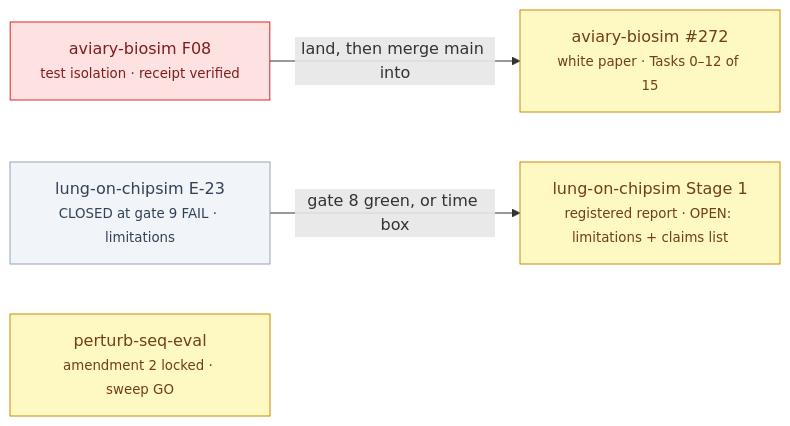
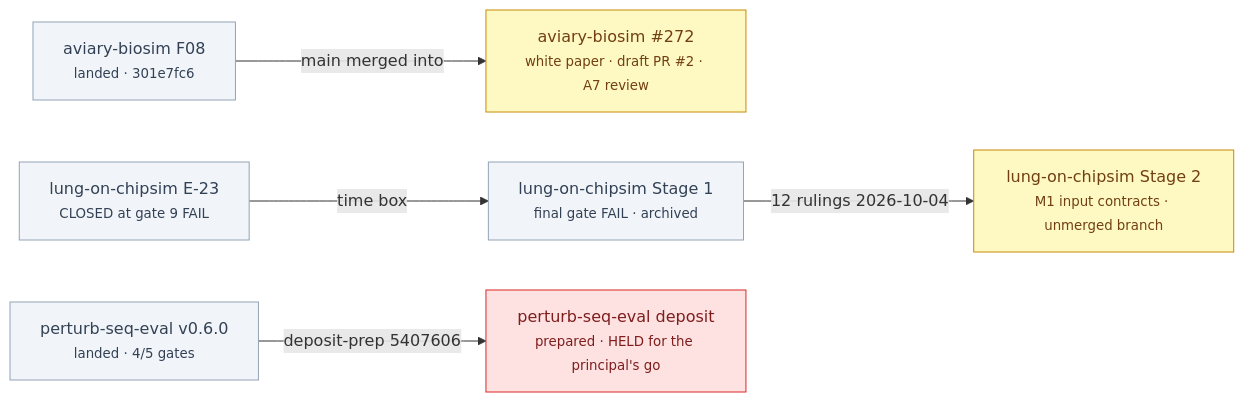
The diagram in docs/hacp/build.md (supmo668/bioFM), drawn with Mermaid before and after one commit. The commit also changed other lines of this file and 5 other files, not shown here.

First line of the commit message:
main/cto: misc: coord(hacp+aviary-biosim): sync bioFM HACP to Notion (index/build/eval/decision/aviary index; new Decision row) + A7 rigour review of Aviary-BioSim#2 @ c66e64c — fix-then-merge, 2 BLOCKER / 7 MAJOR / 8 MINOR

````diff
--- a/docs/hacp/build.md
+++ b/docs/hacp/build.md
@@ -11,13 +11,17 @@
 ```mermaid
 flowchart LR
   classDef done fill:#f1f5f9,stroke:#94a3b8,color:#334155
   classDef live fill:#fef9c3,stroke:#ca8a04,color:#713f12
   classDef wait fill:#fee2e2,stroke:#dc2626,color:#7f1d1d
-  A1["aviary-biosim F08<br/><small>test isolation · receipt verified</small>"]:::wait
-  A2["aviary-biosim #272<br/><small>white paper · Tasks 0–12 of 15</small>"]:::live
-  L1["lung-on-chipsim E-23<br/><small>CLOSED at gate 9 FAIL · limitations</small>"]:::done
-  L2["lung-on-chipsim Stage 1<br/><small>registered report · OPEN: limitations + claims list</small>"]:::live
-  Q1["perturb-seq-eval<br/><small>amendment 2 locked · sweep GO</small>"]:::live
-  A1 -->|"land, then merge main into"| A2
-  L1 -->|"gate 8 green, or time box"| L2
+  A1["aviary-biosim F08<br/><small>landed · 301e7fc6</small>"]:::done
+  A2["aviary-biosim #272<br/><small>white paper · draft PR #2 · A7 review</small>"]:::live
+  L1["lung-on-chipsim E-23<br/><small>CLOSED at gate 9 FAIL</small>"]:::done
+  L2["lung-on-chipsim Stage 1<br/><small>final gate FAIL · archived</small>"]:::done
+  L3["lung-on-chipsim Stage 2<br/><small>M1 input contracts · unmerged branch</small>"]:::live
+  Q1["perturb-seq-eval v0.6.0<br/><small>landed · 4/5 gates</small>"]:::done
+  Q2["perturb-seq-eval deposit<br/><small>prepared · HELD for the principal's go</small>"]:::wait
+  A1 -->|"main merged into"| A2
+  L1 -->|"time box"| L2
+  L2 -->|"12 rulings 2026-10-04"| L3
+  Q1 -->|"deposit-prep 5407606"| Q2
 ```
````
